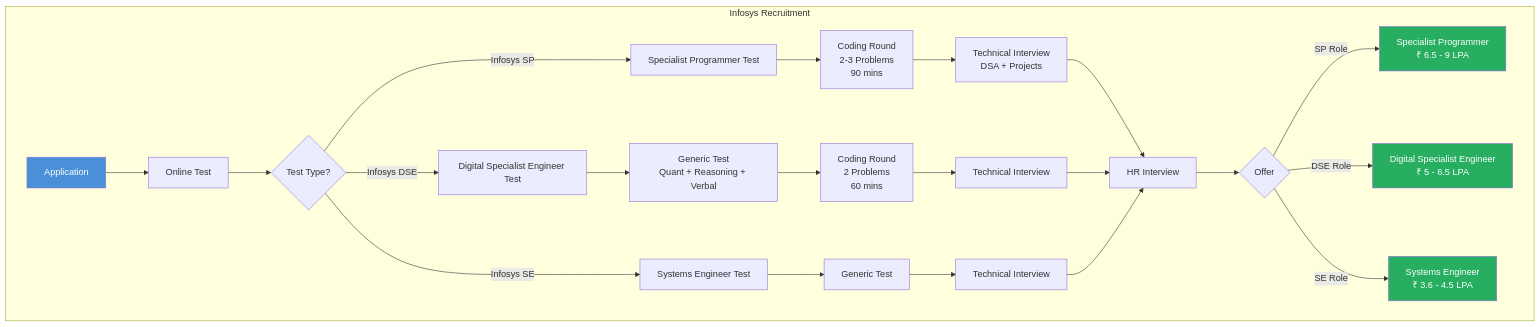
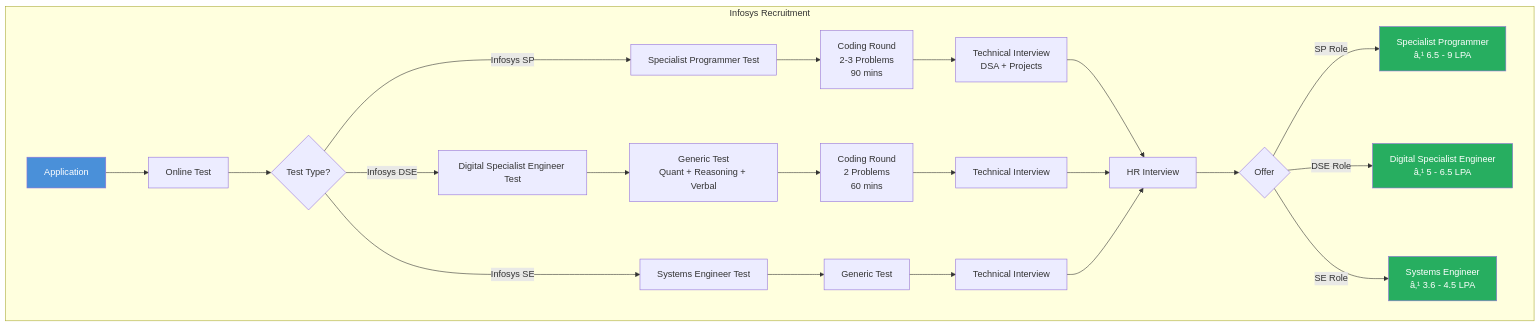
One commit to Raushan666java/ai-engineering-journey changed the first of 2 diagrams in docs/courses/interview-preparation/12-company-infosys-sp.md. Above: the diagram before and after it, drawn with Mermaid. The commit also changed other lines of this file and 735 other files, not shown here.

````diff
--- a/docs/courses/interview-preparation/12-company-infosys-sp.md
+++ b/docs/courses/interview-preparation/12-company-infosys-sp.md
@@ -31,34 +31,34 @@
 ```mermaid
 flowchart TB
     subgraph "Infosys Recruitment"
         A[Application] --> B[Online Test]
         B --> C{Test Type?}
         C -->|Infosys SP| D[Specialist Programmer Test]
         C -->|Infosys DSE| E[Digital Specialist Engineer Test]
         C -->|Infosys SE| F[Systems Engineer Test]
         
         D --> D1[Coding Round<br/>2-3 Problems<br/>90 mins]
         D1 --> D2[Technical Interview<br/>DSA + Projects]
         
         E --> E1[Generic Test<br/>Quant + Reasoning + Verbal]
         E1 --> E2[Coding Round<br/>2 Problems<br/>60 mins]
         E2 --> E3[Technical Interview]
         
         F --> F1[Generic Test]
         F1 --> F2[Technical Interview]
         
         D2 --> G[HR Interview]
         E3 --> G
         F2 --> G
         
         G --> H{Offer}
-        H -->|SP Role| I[Specialist Programmer<br/>₹ 6.5 - 9 LPA]
-        H -->|DSE Role| J[Digital Specialist Engineer<br/>₹ 5 - 6.5 LPA]
-        H -->|SE Role| K[Systems Engineer<br/>₹ 3.6 - 4.5 LPA]
+        H -->|SP Role| I[Specialist Programmer<br/>â‚¹ 6.5 - 9 LPA]
+        H -->|DSE Role| J[Digital Specialist Engineer<br/>â‚¹ 5 - 6.5 LPA]
+        H -->|SE Role| K[Systems Engineer<br/>â‚¹ 3.6 - 4.5 LPA]
     end
 
     style A fill:#4a90d9,color:#fff
     style I fill:#27ae60,color:#fff
     style J fill:#27ae60,color:#fff
     style K fill:#27ae60,color:#fff
 ```
````
